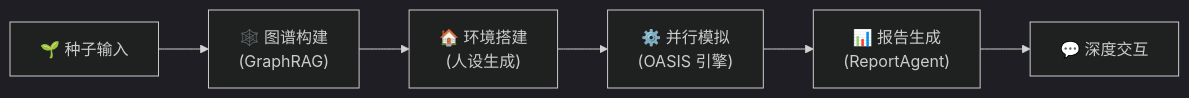
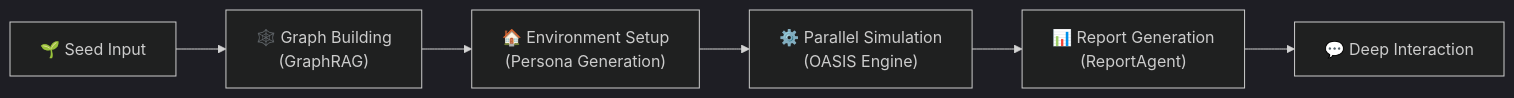
One commit to Artiffusion-Inc/mirofish changed the diagram in README.md. Above: the diagram before and after it, drawn with Mermaid (dark theme). The commit also changed other lines of this file and 49 other files, not shown here.

````diff
--- a/README.md
+++ b/README.md
@@ -54,8 +54,8 @@
 ```mermaid
 flowchart LR
-    A["🌱 种子输入"] --> B["🕸️ 图谱构建\n(GraphRAG)"]
-    B --> C["🏠 环境搭建\n(人设生成)"]
-    C --> D["⚙️ 并行模拟\n(OASIS 引擎)"]
-    D --> E["📊 报告生成\n(ReportAgent)"]
-    E --> F["💬 深度交互"]
+    A["🌱 Seed Input"] --> B["🕸️ Graph Building\n(GraphRAG)"]
+    B --> C["🏠 Environment Setup\n(Persona Generation)"]
+    C --> D["⚙️ Parallel Simulation\n(OASIS Engine)"]
+    D --> E["📊 Report Generation\n(ReportAgent)"]
+    E --> F["💬 Deep Interaction"]
 ```
````
